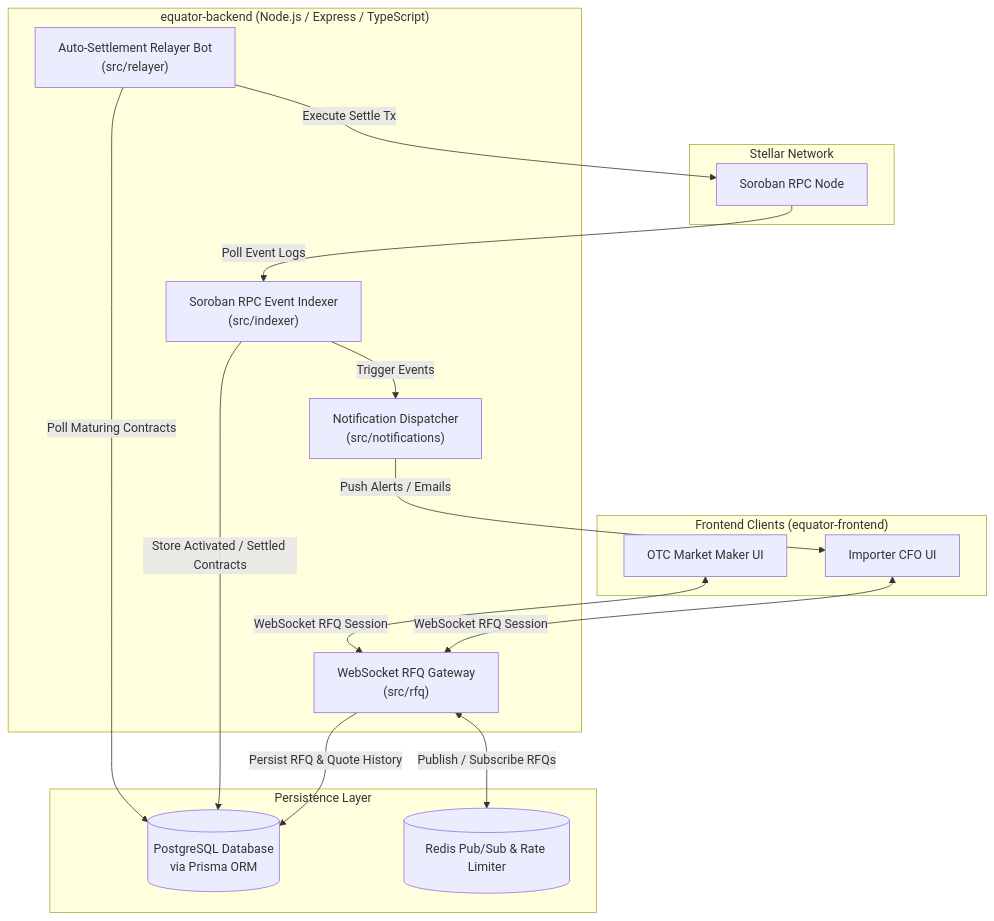
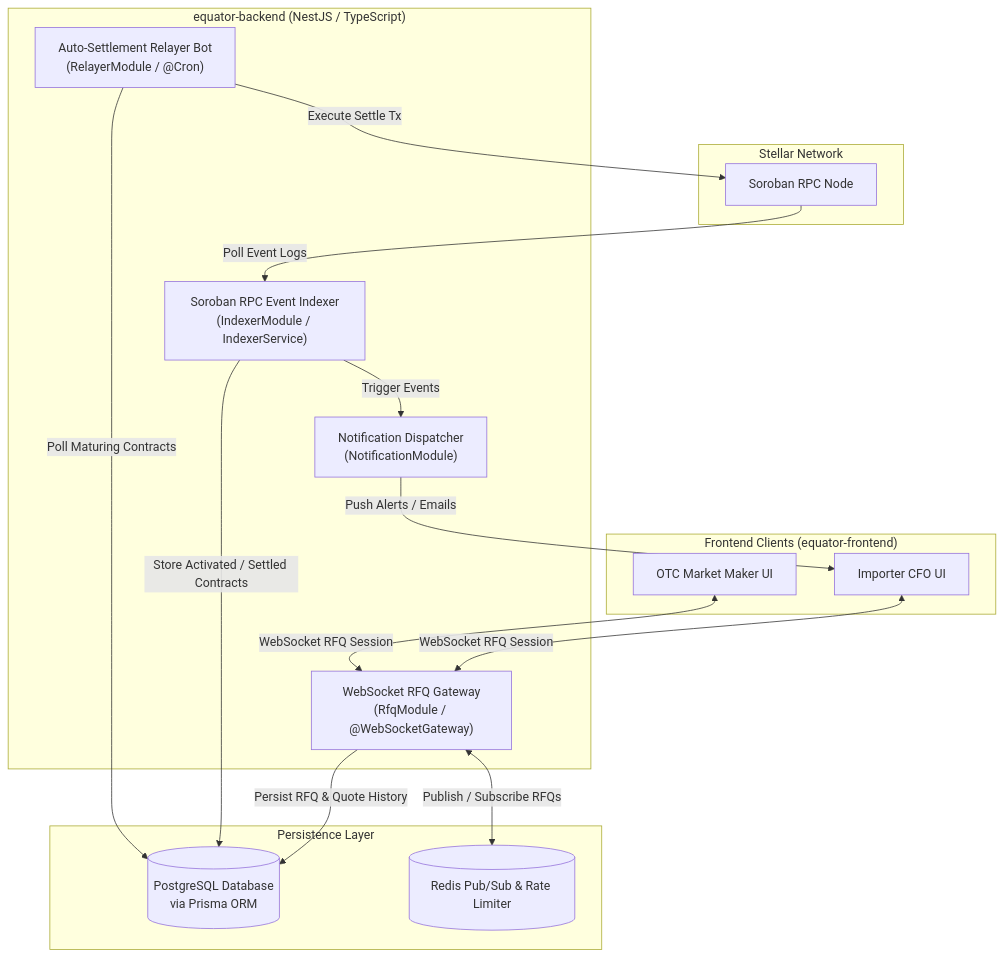
One commit to Equator-Finance/equator-backend changed the diagram in README.md. Above: the diagram before and after it, drawn with Mermaid. The commit also changed other lines of this file, not shown here.

Commit message:
Lock in NestJS as official backend framework

````diff
--- a/README.md
+++ b/README.md
@@ -30,37 +30,37 @@
 ```mermaid
 graph TD
     subgraph External Clients ["Frontend Clients (equator-frontend)"]
         CorporateUI["Importer CFO UI"]
         DeskUI["OTC Market Maker UI"]
     end
 
-    subgraph Backend Core ["equator-backend (Node.js / Express / TypeScript)"]
-        WSGateway["WebSocket RFQ Gateway\n(src/rfq)"]
-        Indexer["Soroban RPC Event Indexer\n(src/indexer)"]
-        Relayer["Auto-Settlement Relayer Bot\n(src/relayer)"]
-        NotifyModule["Notification Dispatcher\n(src/notifications)"]
+    subgraph Backend Core ["equator-backend (NestJS / TypeScript)"]
+        WSGateway["WebSocket RFQ Gateway\n(RfqModule / @WebSocketGateway)"]
+        Indexer["Soroban RPC Event Indexer\n(IndexerModule / IndexerService)"]
+        Relayer["Auto-Settlement Relayer Bot\n(RelayerModule / @Cron)"]
+        NotifyModule["Notification Dispatcher\n(NotificationModule)"]
     end
 
     subgraph Storage & Infrastructure ["Persistence Layer"]
         Postgres[(PostgreSQL Database\nvia Prisma ORM)]
         RedisCache[(Redis Pub/Sub & Rate Limiter)]
     end
 
     subgraph Blockchain ["Stellar Network"]
         SorobanRPC["Soroban RPC Node"]
     end
 
     CorporateUI <-->|WebSocket RFQ Session| WSGateway
     DeskUI <-->|WebSocket RFQ Session| WSGateway
 
     WSGateway <-->|Publish / Subscribe RFQs| RedisCache
     WSGateway -->|Persist RFQ & Quote History| Postgres
 
     SorobanRPC -->|Poll Event Logs| Indexer
     Indexer -->|Store Activated / Settled Contracts| Postgres
     Indexer -->|Trigger Events| NotifyModule
     NotifyModule -->|Push Alerts / Emails| CorporateUI
 
     Relayer -->|Poll Maturing Contracts| Postgres
     Relayer -->|Execute Settle Tx| SorobanRPC
 ```
````
